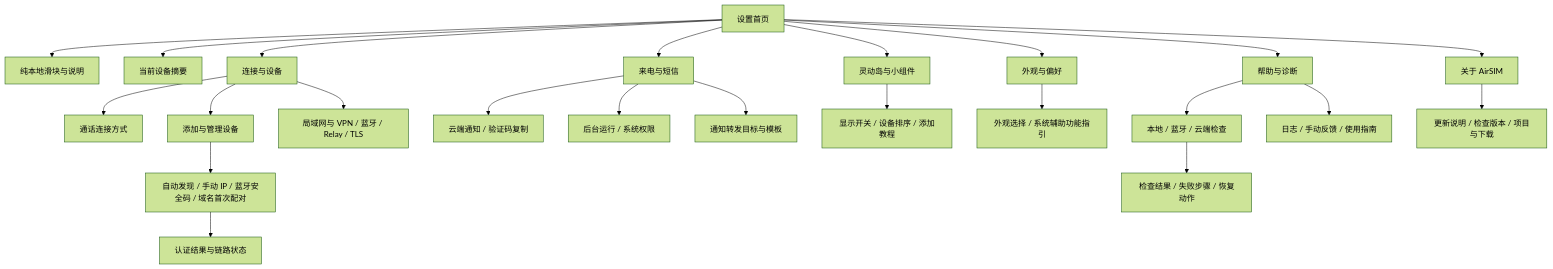
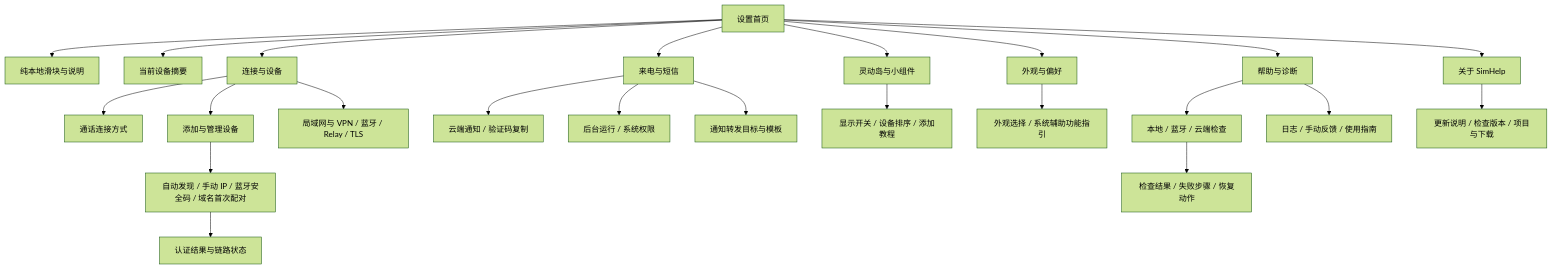
Before and after one commit to Skeezad/SimHelp: the diagram in docs/design/settings-2026-11-04/README.md, drawn with Mermaid (forest theme). The commit also changed other lines of this file and 1063 other files, not shown here.

Commit message:
Organize SimHelp apps and services and document personal builds in English

````diff
--- a/docs/design/settings-2026-11-04/README.md
+++ b/docs/design/settings-2026-11-04/README.md
@@ -14,25 +14,25 @@
 ```mermaid
 flowchart TD
   S[设置首页] --> P[纯本地滑块与说明]
   S --> D[当前设备摘要]
   S --> C[连接与设备]
   S --> N[来电与短信]
   S --> W[灵动岛与小组件]
   S --> A[外观与偏好]
   S --> H[帮助与诊断]
-  S --> V[关于 AirSIM]
+  S --> V[关于 SimHelp]
   C --> C1[通话连接方式]
   C --> C2[添加与管理设备]
   C --> C3[局域网与 VPN / 蓝牙 / Relay / TLS]
   C2 --> C4[自动发现 / 手动 IP / 蓝牙安全码 / 域名首次配对]
   C4 --> C5[认证结果与链路状态]
   N --> N1[云端通知 / 验证码复制]
   N --> N2[后台运行 / 系统权限]
   N --> N3[通知转发目标与模板]
   W --> W1[显示开关 / 设备排序 / 添加教程]
   A --> A1[外观选择 / 系统辅助功能指引]
   H --> H1[本地 / 蓝牙 / 云端检查]
   H1 --> H2[检查结果 / 失败步骤 / 恢复动作]
   H --> H3[日志 / 手动反馈 / 使用指南]
   V --> V1[更新说明 / 检查版本 / 项目与下载]
 ```
````
